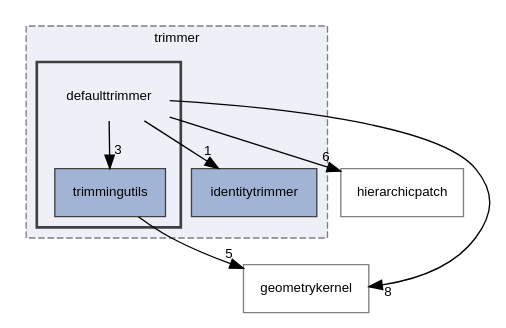
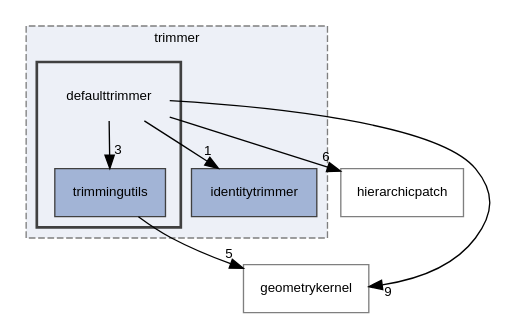
Before and after one commit to rath3t/dune-iga-doc: the diagram in dir_265321845ed2650d675b22a94b62262d_dep.dot, drawn with Graphviz. The commit also changed 763 other files, not shown here.

```diff
--- a/dir_265321845ed2650d675b22a94b62262d_dep.dot
+++ b/dir_265321845ed2650d675b22a94b62262d_dep.dot
@@ -1,23 +1,23 @@
 digraph "defaulttrimmer"
 {
  // LATEX_PDF_SIZE
   edge [fontname="Helvetica",fontsize="10",labelfontname="Helvetica",labelfontsize="10"];
   node [fontname="Helvetica",fontsize="10",shape=record];
   compound=true
   subgraph clusterdir_7d0c370ab440c4b4f78419bfc8c93eb8 {
     graph [ bgcolor="#edf0f7", pencolor="grey50", style="filled,dashed,", label="trimmer", fontname="Helvetica", fontsize="10", URL="dir_7d0c370ab440c4b4f78419bfc8c93eb8.html"]
   dir_aa3557bd66a6784b3b9e663253e8d0ba [shape=box, label="identitytrimmer", style="filled,", fillcolor="#a2b4d6", color="grey25", URL="dir_aa3557bd66a6784b3b9e663253e8d0ba.html"];
   subgraph clusterdir_265321845ed2650d675b22a94b62262d {
     graph [ bgcolor="#edf0f7", pencolor="grey25", style="filled,bold,", label="", fontname="Helvetica", fontsize="10", URL="dir_265321845ed2650d675b22a94b62262d.html"]
     dir_265321845ed2650d675b22a94b62262d [shape=plaintext, label="defaulttrimmer"];
   dir_75403dd546d989c4e56d84af3932dae7 [shape=box, label="trimmingutils", style="filled,", fillcolor="#a2b4d6", color="grey25", URL="dir_75403dd546d989c4e56d84af3932dae7.html"];
   }
   }
   dir_12fc9e68aad46ae2d80ba50ef1c96d76 [shape=box, label="hierarchicpatch", style="", fillcolor="#edf0f7", color="grey50", URL="dir_12fc9e68aad46ae2d80ba50ef1c96d76.html"];
   dir_98571e7345f7327fea7723ec1a12d870 [shape=box, label="geometrykernel", style="", fillcolor="#edf0f7", color="grey50", URL="dir_98571e7345f7327fea7723ec1a12d870.html"];
   dir_265321845ed2650d675b22a94b62262d->dir_12fc9e68aad46ae2d80ba50ef1c96d76 [headlabel="6", labeldistance=1.5 headhref="dir_000001_000007.html"];
   dir_265321845ed2650d675b22a94b62262d->dir_75403dd546d989c4e56d84af3932dae7 [headlabel="3", labeldistance=1.5 headhref="dir_000001_000021.html"];
-  dir_265321845ed2650d675b22a94b62262d->dir_98571e7345f7327fea7723ec1a12d870 [headlabel="8", labeldistance=1.5 headhref="dir_000001_000006.html"];
+  dir_265321845ed2650d675b22a94b62262d->dir_98571e7345f7327fea7723ec1a12d870 [headlabel="9", labeldistance=1.5 headhref="dir_000001_000006.html"];
   dir_265321845ed2650d675b22a94b62262d->dir_aa3557bd66a6784b3b9e663253e8d0ba [headlabel="1", labeldistance=1.5 headhref="dir_000001_000009.html"];
   dir_75403dd546d989c4e56d84af3932dae7->dir_98571e7345f7327fea7723ec1a12d870 [headlabel="5", labeldistance=1.5 headhref="dir_000021_000006.html"];
 }
```
